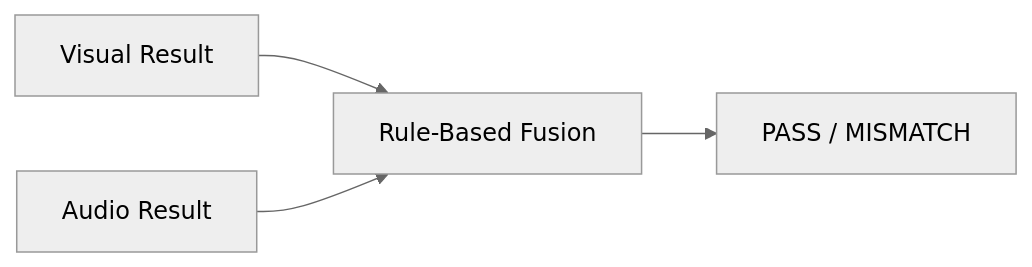
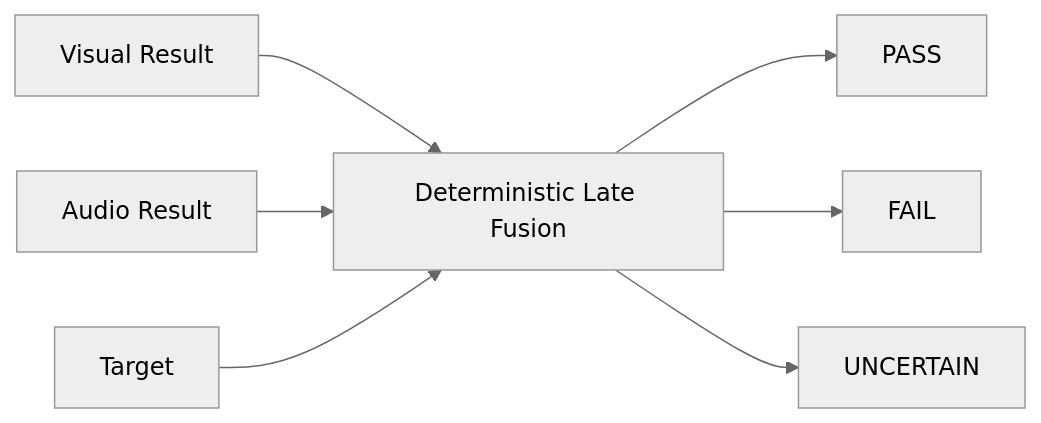
The eighth of 18 diagrams in README.md (danielftsilva/cAiGED), drawn with Mermaid (neutral theme) before and after one commit. The commit also changed other lines of this file, not shown here.

````diff
--- a/README.md
+++ b/README.md
@@ -318,6 +475,10 @@
 ```mermaid
 flowchart LR
-    V["Visual Result"] --> F["Rule-Based Fusion"]
+    V["Visual Result"] --> F["Deterministic Late Fusion"]
     A["Audio Result"] --> F
-    F --> P["PASS / MISMATCH"]
+    T["Target"] --> F
+
+    F --> P["PASS"]
+    F --> M["FAIL"]
+    F --> U["UNCERTAIN"]
 ```
````
